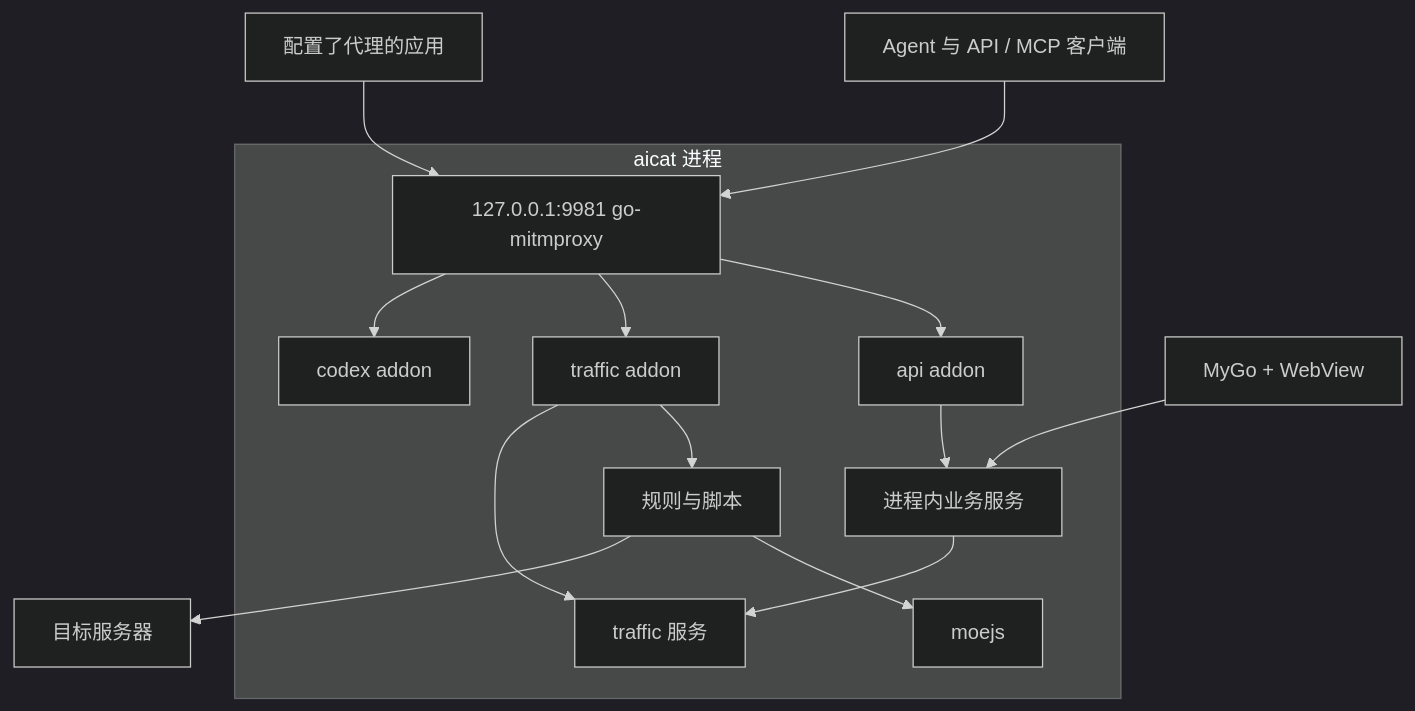
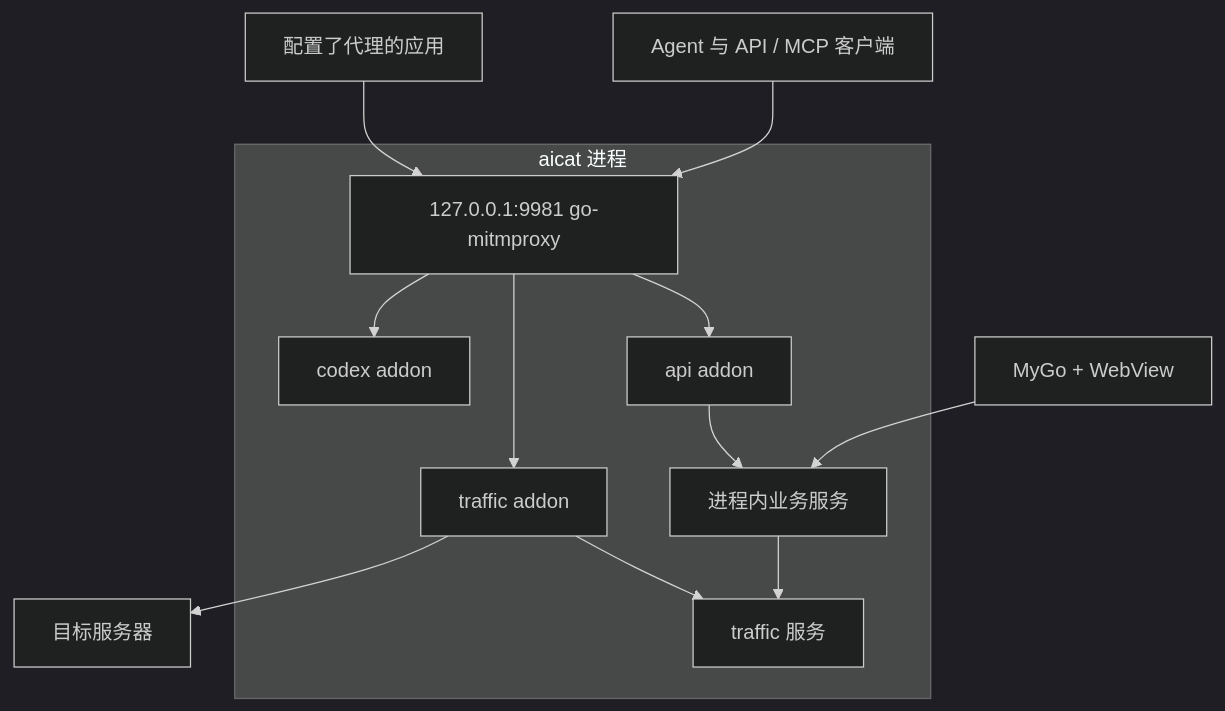
One commit to fishioon/aicat changed the diagram in docs/architecture.md. Above: the diagram before and after it, drawn with Mermaid (dark theme). The commit also changed other lines of this file and 164 other files, not shown here.

````diff
--- a/docs/architecture.md
+++ b/docs/architecture.md
@@ -16,20 +15,18 @@
 ```mermaid
 flowchart TB
     UI[MyGo + WebView] --> Services
     Agent[Agent 与 API / MCP 客户端] --> Entry
     Client[配置了代理的应用] --> Entry
 
     subgraph Runtime[aicat 进程]
         Entry[127.0.0.1:9981 go-mitmproxy]
         Entry --> Control[api addon]
         Entry --> Traffic[traffic addon]
         Entry --> Codex[codex addon]
         Control --> Services[进程内业务服务]
-        Traffic --> Rewrite[规则与脚本]
-        Rewrite --> JS[moejs]
         Traffic --> Store[traffic 服务]
         Services --> Store
     end
 
-    Rewrite --> Upstream[目标服务器]
+    Traffic --> Upstream[目标服务器]
 ```
````
